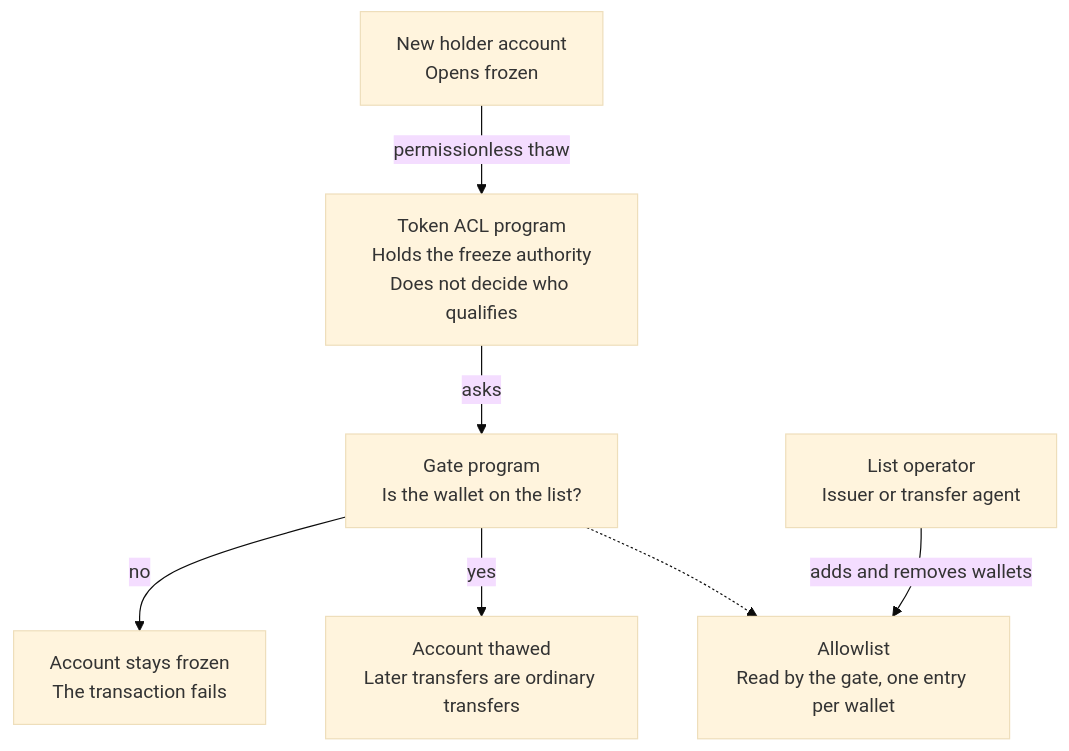
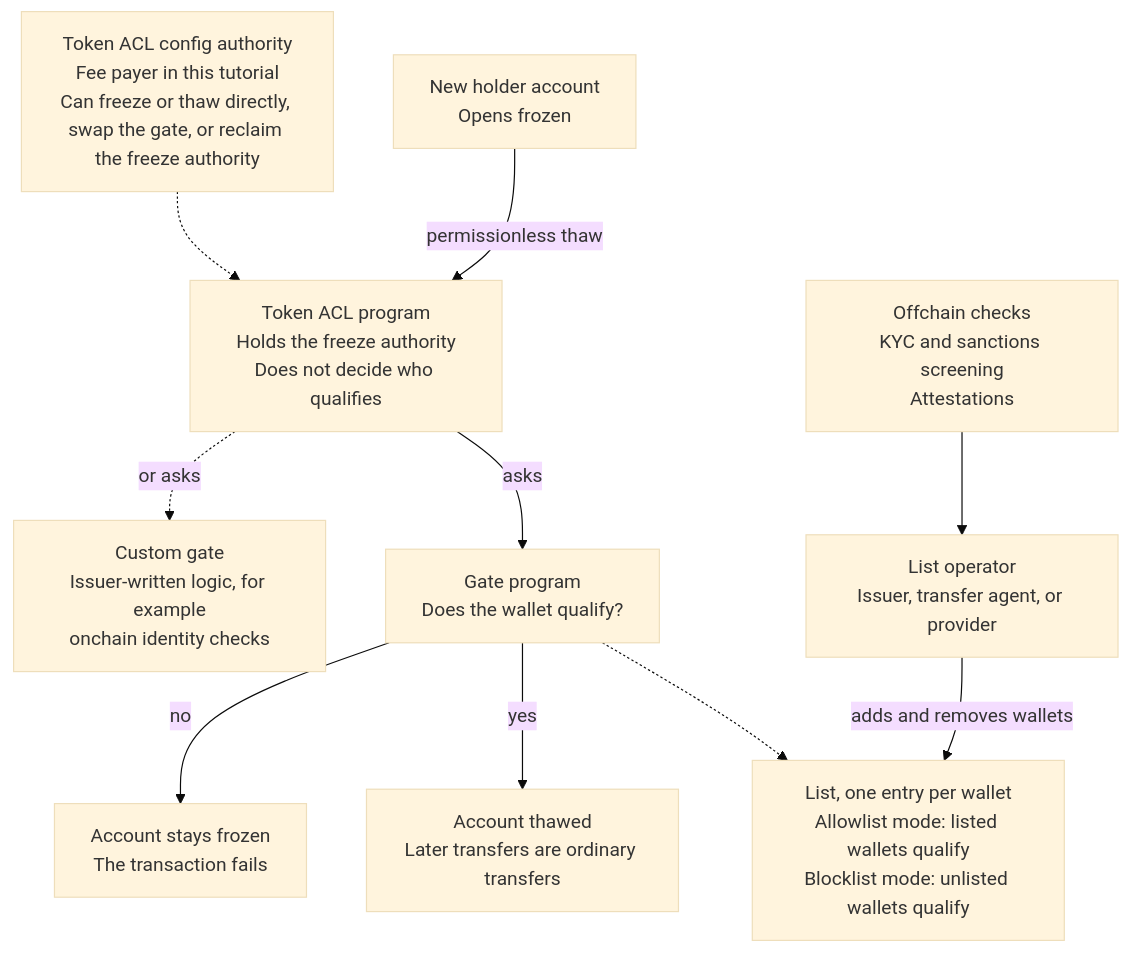
The diagram in apps/docs/developers/docs/tokenization/tutorials/issuing/gate-the-holders.mdx (catmcgee/solana-com), drawn with Mermaid (base theme) before and after one commit. The commit also changed other lines of this file and 116 other files, not shown here.

````diff
--- a/apps/docs/developers/docs/tokenization/tutorials/issuing/gate-the-holders.mdx
+++ b/apps/docs/developers/docs/tokenization/tutorials/issuing/gate-the-holders.mdx
@@ -42,12 +43,15 @@
 ```mermaid
 flowchart TD
   accTitle: How Token ACL thaws a holder's account
-  accDescr: A new holder account opens frozen. Anyone can send a permissionless thaw to the Token ACL program, which asks the gate program. The gate reads the allowlist, which the list operator maintains, and approves the thaw only if the wallet is on it; otherwise the account stays frozen and the transaction fails.
+  accDescr: A new holder account opens frozen. Anyone can send a permissionless thaw to the Token ACL program, which asks the gate program; the Token ACL config authority can also freeze or thaw directly, swap the gate, or reclaim the freeze authority. The gate reads the list and approves the thaw only if the wallet qualifies; otherwise the account stays frozen and the transaction fails. In allowlist mode only listed wallets qualify; in blocklist mode every wallet qualifies except listed ones. An issuer can also write a custom gate. The list operator maintains the list, driven by offchain checks such as KYC and sanctions screening, and by attestations.
   H["New holder account<br/>Opens frozen"] -->|permissionless thaw| ACL["Token ACL program<br/>Holds the freeze authority<br/>Does not decide who qualifies"]
-  ACL -->|asks| G["Gate program<br/>Is the wallet on the list?"]
-  G -.-> L["Allowlist<br/>Read by the gate, one entry per wallet"]
-  LO["List operator<br/>Issuer or transfer agent"] -->|adds and removes wallets| L
+  CA["Token ACL config authority<br/>Fee payer in this tutorial<br/>Can freeze or thaw directly, swap the gate, or reclaim the freeze authority"] -.-> ACL
+  ACL -->|asks| G["Gate program<br/>Does the wallet qualify?"]
+  ACL -.->|or asks| CG["Custom gate<br/>Issuer-written logic, for example<br/>onchain identity checks"]
+  G -.-> L["List, one entry per wallet<br/>Allowlist mode: listed wallets qualify<br/>Blocklist mode: unlisted wallets qualify"]
+  K["Offchain checks<br/>KYC and sanctions screening<br/>Attestations"] --> LO["List operator<br/>Issuer, transfer agent, or provider"]
+  LO -->|adds and removes wallets| L
   G -->|yes| OK["Account thawed<br/>Later transfers are ordinary transfers"]
   G -->|no| NO["Account stays frozen<br/>The transaction fails"]
   class G focal
 ```
````
